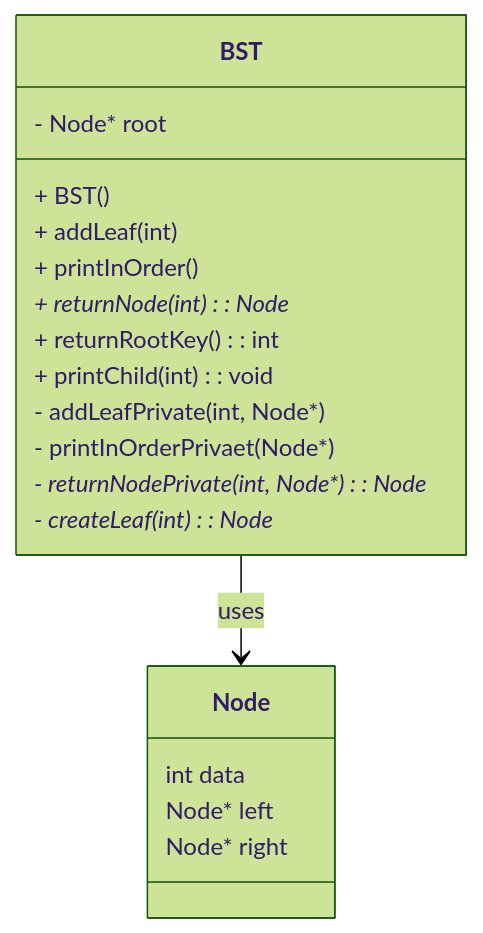
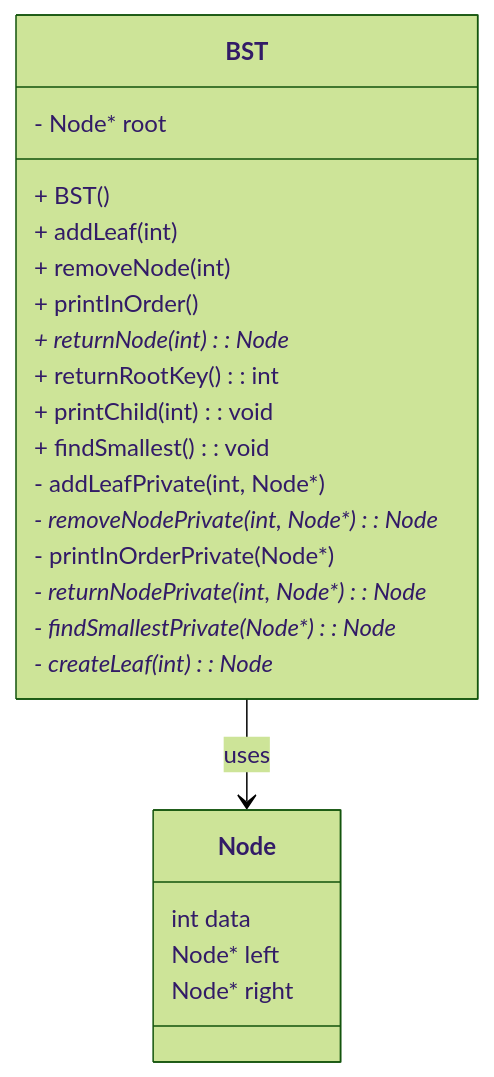
One commit to kyungsikjeung/cpptutorial changed the diagram in BinarySearchTree03/README.MD. Above: the diagram before and after it, drawn with Mermaid (forest theme). The commit also changed other lines of this file and 4 other files, not shown here.

````diff
--- a/BinarySearchTree03/README.MD
+++ b/BinarySearchTree03/README.MD
@@ -20,24 +20,28 @@
 ```mermaid
 classDiagram
     class BST {
         - Node* root
         + BST()
         + addLeaf(int)
+        + removeNode(int)
         + printInOrder()
         + returnNode(int): Node*
         + returnRootKey(): int
         + printChild(int): void
+        + findSmallest(): void
         - addLeafPrivate(int, Node*)
-        - printInOrderPrivaet(Node*)
+        - removeNodePrivate(int, Node*): Node*
+        - printInOrderPrivate(Node*)
         - returnNodePrivate(int, Node*): Node*
+        - findSmallestPrivate(Node*): Node*
         - createLeaf(int): Node*
     }
 
     class Node {
         int data
         Node* left
         Node* right
     }
 
     BST --> Node : uses
 ```
````
